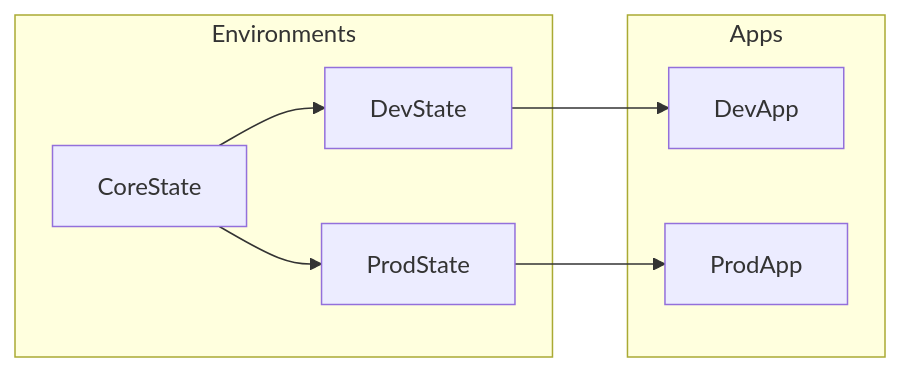
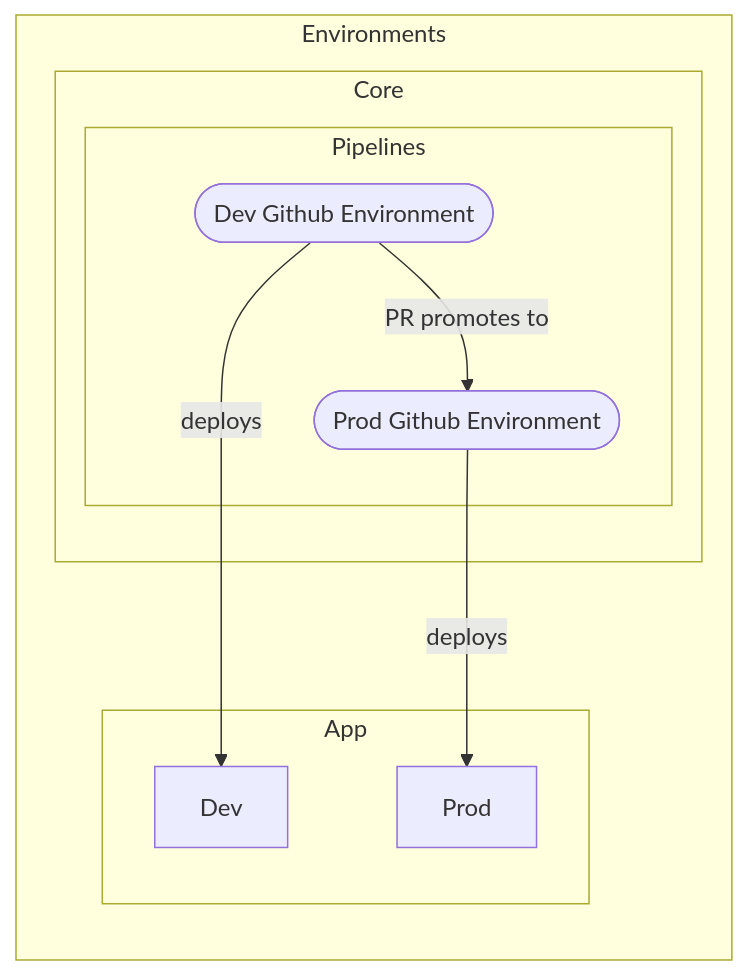
One commit to dukeofgaming/ipfs-metadata changed the third of 4 diagrams in docs/adrs/2 - GitOps.md. Above: the diagram before and after it, drawn with Mermaid. The commit also changed other lines of this file and 1 other file, not shown here.

````diff
--- a/docs/adrs/2 - GitOps.md
+++ b/docs/adrs/2 - GitOps.md
@@ -23,16 +119,30 @@
 ```mermaid
-graph LR
+graph RL
     subgraph "Environments"
-        CoreState
-        CoreState --> DevState
-        CoreState --> ProdState
+
+        
+        
+        subgraph Core
+            subgraph Pipelines
+                ProdPipeline
+                DevPipeline
+                
+                DevPipeline--PR promotes to -->ProdPipeline
+            end
+        end
+
+        subgraph App
+           
+
+            Dev
+            
+            Prod
+        
+        end
+
+        DevPipeline([Dev Github Environment])--deploys-->Dev
+        ProdPipeline([Prod Github Environment])--deploys-->Prod
+
     end
 
-    subgraph "Apps"
-        DevApp
-        ProdApp
-    end
-
-    DevState --> DevApp
-    ProdState --> ProdApp
 ```
````
